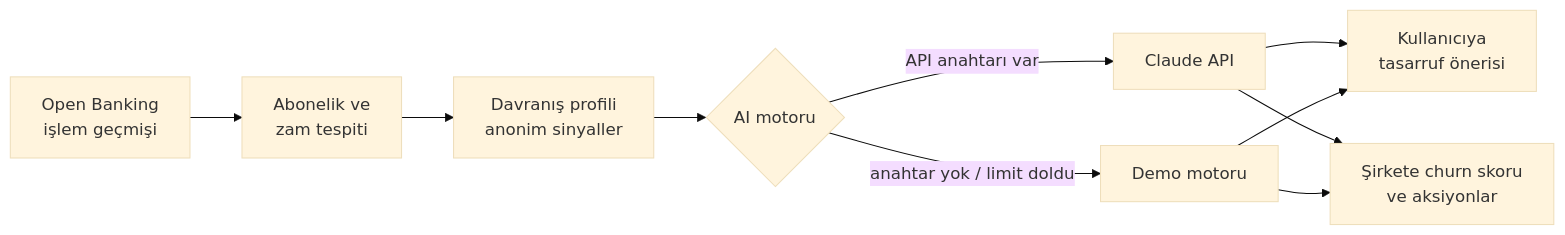
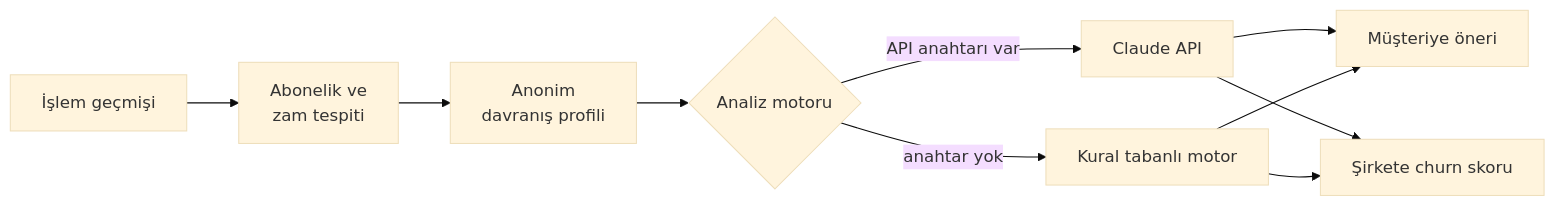
One commit to busebb82/Ghostpay changed the diagram in README.md. Above: the diagram before and after it, drawn with Mermaid (base theme). The commit also changed other lines of this file, not shown here.

````diff
--- a/README.md
+++ b/README.md
@@ -84,12 +81,12 @@
 ```mermaid
 flowchart LR
-    A[Open Banking<br>işlem geçmişi] --> B[Abonelik ve<br>zam tespiti]
-    B --> C[Davranış profili<br>anonim sinyaller]
-    C --> D{AI motoru}
+    A[İşlem geçmişi] --> B[Abonelik ve<br>zam tespiti]
+    B --> C[Anonim<br>davranış profili]
+    C --> D{Analiz motoru}
     D -->|API anahtarı var| E[Claude API]
-    D -->|anahtar yok / limit doldu| F[Demo motoru]
-    E --> G[Kullanıcıya<br>tasarruf önerisi]
-    E --> H[Şirkete churn skoru<br>ve aksiyonlar]
+    D -->|anahtar yok| F[Kural tabanlı motor]
+    E --> G[Müşteriye öneri]
+    E --> H[Şirkete churn skoru]
     F --> G
     F --> H
 ```
````
